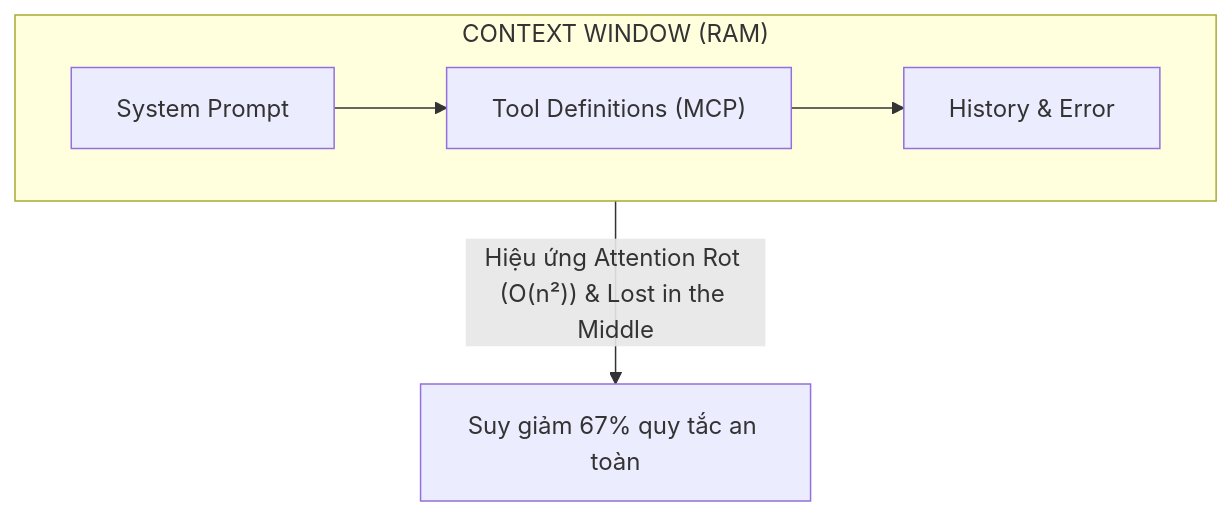
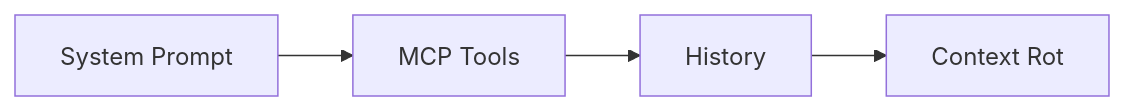
The first of 2 diagrams in content/posts/tu-prompt-engineering-den-graph-engineering.md (nguyengoctin/my_website), drawn with Mermaid before and after one commit. The commit also changed other lines of this file and 208 other files, not shown here.

````diff
--- a/content/posts/tu-prompt-engineering-den-graph-engineering.md
+++ b/content/posts/tu-prompt-engineering-den-graph-engineering.md
@@ -41,9 +41,6 @@
-```mermaid
-flowchart TD
-    subgraph Context_Window["CONTEXT WINDOW (RAM)"]
-        direction LR
-        A["System Prompt"] --> B["Tool Definitions (MCP)"]
-        B --> C["History & Error"]
-    end
-    Context_Window --"Hiệu ứng Attention Rot (O(n²)) & Lost in the Middle"--> D["Suy giảm 67% quy tắc an toàn"]
-```
+{{< mermaid >}}
+flowchart LR
+    A["System Prompt"] --> B["MCP Tools"]
+    B --> C["History"]
+    C --> D["Context Rot"]
+{{< /mermaid >}}
````
